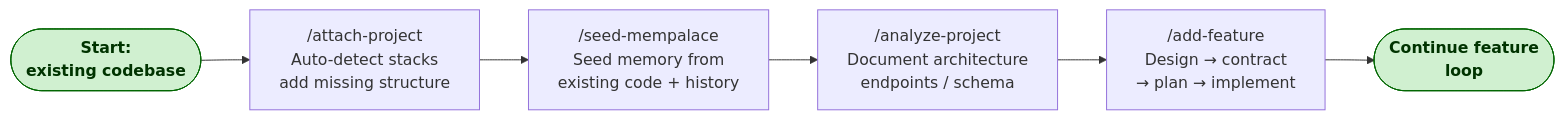
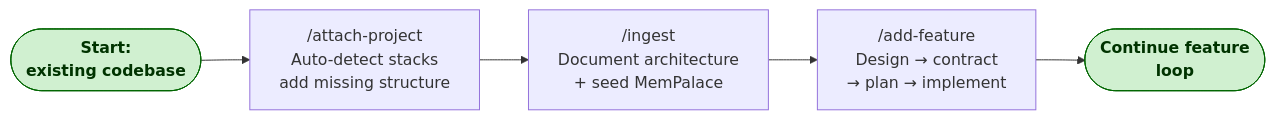
Before and after one commit to vladislavsournine/vladyslav-skills: the second of 6 diagrams in docs/diagrams/workflows.md, drawn with Mermaid. The commit also changed other lines of this file and 21 other files, not shown here.

````diff
--- a/docs/diagrams/workflows.md
+++ b/docs/diagrams/workflows.md
@@ -33,12 +33,11 @@
 ```mermaid
 flowchart LR
     A([Start:\nexisting codebase]):::start
     A --> B["/attach-project\nAuto-detect stacks\nadd missing structure"]
-    B --> C["/seed-mempalace\nSeed memory from\nexisting code + history"]
-    C --> D["/analyze-project\nDocument architecture\nendpoints / schema"]
-    D --> E["/add-feature\nDesign → contract\n→ plan → implement"]
-    E --> F([Continue feature\nloop]):::done
+    B --> C["/ingest\nDocument architecture\n+ seed MemPalace"]
+    C --> D["/add-feature\nDesign → contract\n→ plan → implement"]
+    D --> E([Continue feature\nloop]):::done
 
     classDef start fill:#d0f0d0,stroke:#006600,color:#003300,font-weight:bold
     classDef done  fill:#d0f0d0,stroke:#006600,color:#003300,font-weight:bold
 ```
````
